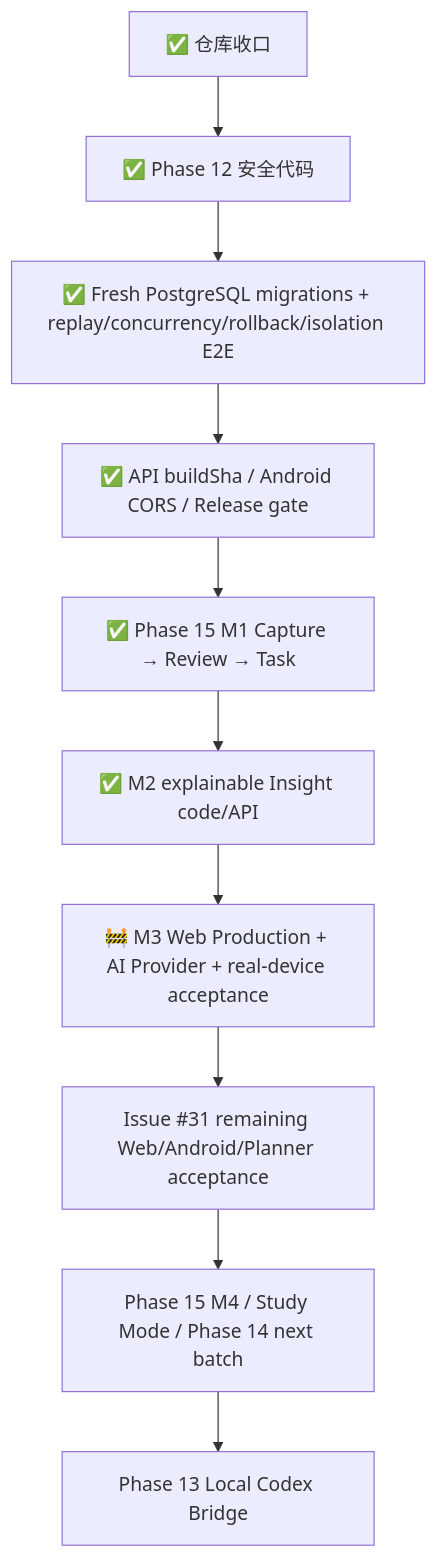
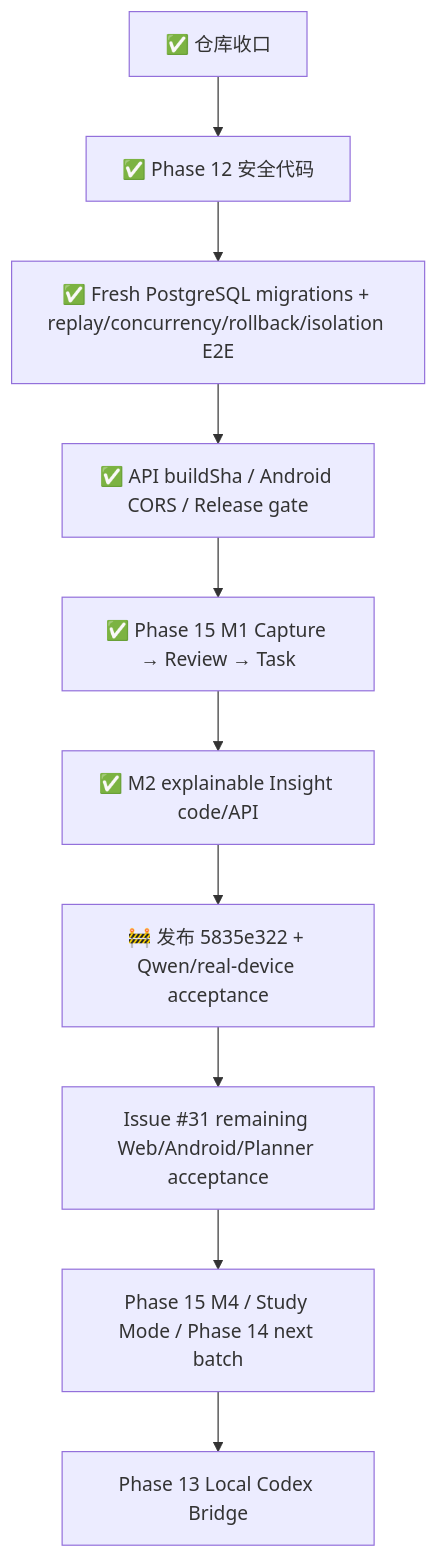
The second of 2 diagrams in PROJECT_BLUEPRINT.md (tiads031-boop/sparkflow), drawn with Mermaid before and after one commit. The commit also changed other lines of this file, not shown here.

Commit message:
docs: align blueprint with Qwen stability release

````diff
--- a/PROJECT_BLUEPRINT.md
+++ b/PROJECT_BLUEPRINT.md
@@ -277,12 +279,12 @@
 ```mermaid
 flowchart TD
     A["✅ 仓库收口"] --> B["✅ Phase 12 安全代码"]
     B --> C["✅ Fresh PostgreSQL migrations + replay/concurrency/rollback/isolation E2E"]
     C --> D["✅ API buildSha / Android CORS / Release gate"]
     D --> E["✅ Phase 15 M1 Capture → Review → Task"]
     E --> F["✅ M2 explainable Insight code/API"]
-    F --> G["🚧 M3 Web Production + AI Provider + real-device acceptance"]
+    F --> G["🚧 发布 5835e322 + Qwen/real-device acceptance"]
     G --> H["Issue #31 remaining Web/Android/Planner acceptance"]
     H --> I["Phase 15 M4 / Study Mode / Phase 14 next batch"]
     I --> J["Phase 13 Local Codex Bridge"]
 ```
````
